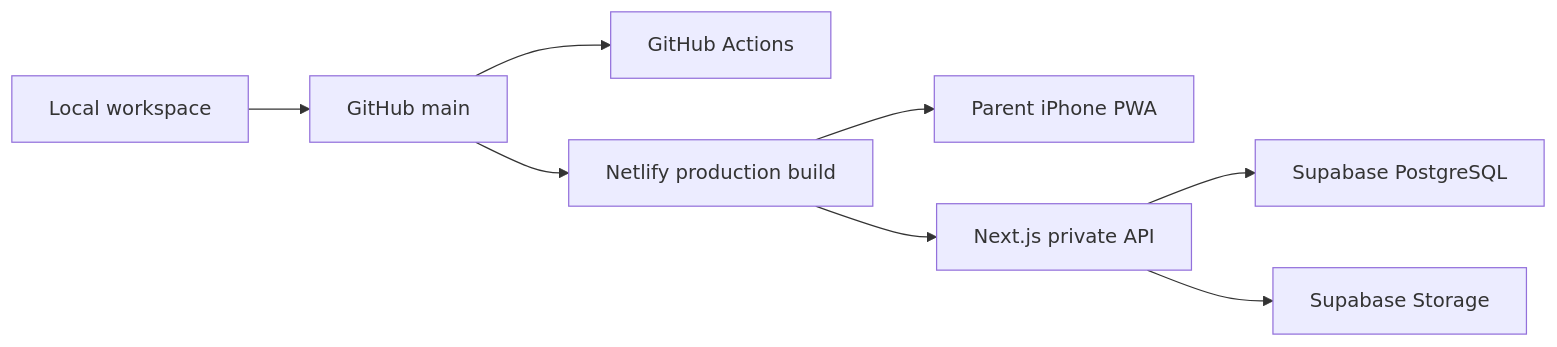
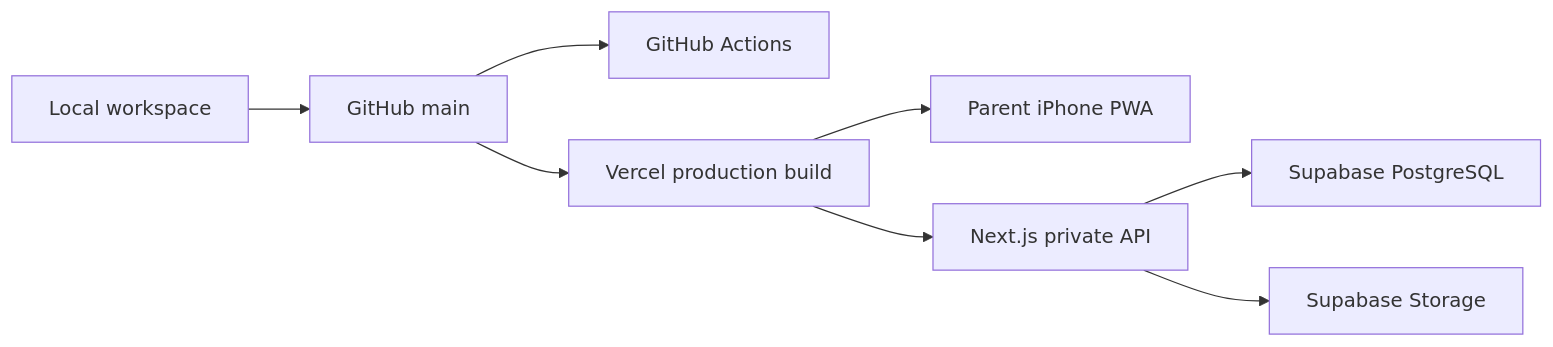
The diagram in docs/private-production-runbook.md (moirakk/family-education-private-three-child), drawn with Mermaid before and after one commit. The commit also changed other lines of this file and 28 other files, not shown here.

Commit message:
chore: align docs with Vercel production

````diff
--- a/docs/private-production-runbook.md
+++ b/docs/private-production-runbook.md
@@ -21,10 +20,10 @@
 ```mermaid
 flowchart LR
   Local["Local workspace"] --> GitHub["GitHub main"]
   GitHub --> CI["GitHub Actions"]
-  GitHub --> Netlify["Netlify production build"]
-  Netlify --> PWA["Parent iPhone PWA"]
-  Netlify --> API["Next.js private API"]
+  GitHub --> Vercel["Vercel production build"]
+  Vercel --> PWA["Parent iPhone PWA"]
+  Vercel --> API["Next.js private API"]
   API --> Postgres["Supabase PostgreSQL"]
   API --> Storage["Supabase Storage"]
 ```
````
